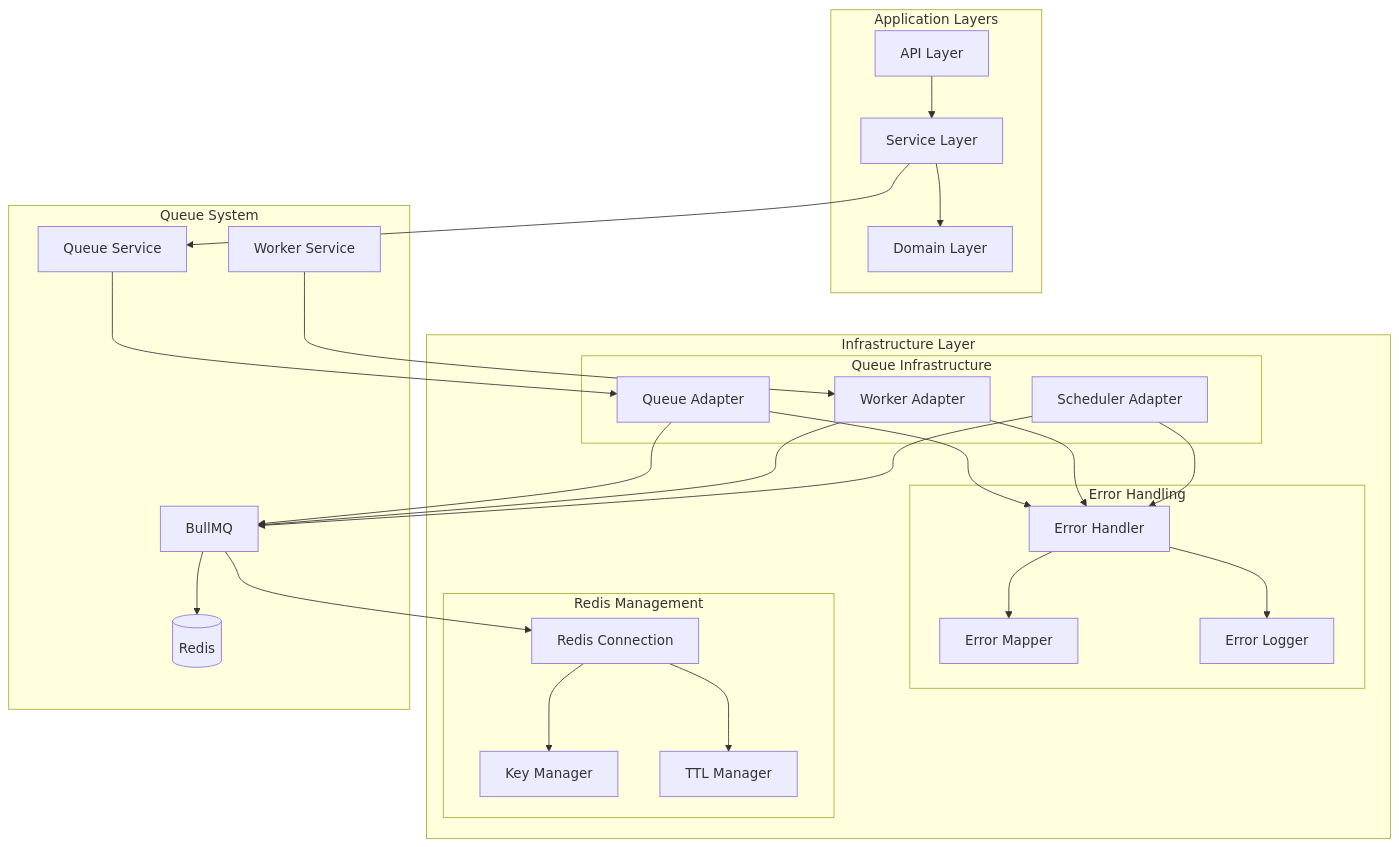
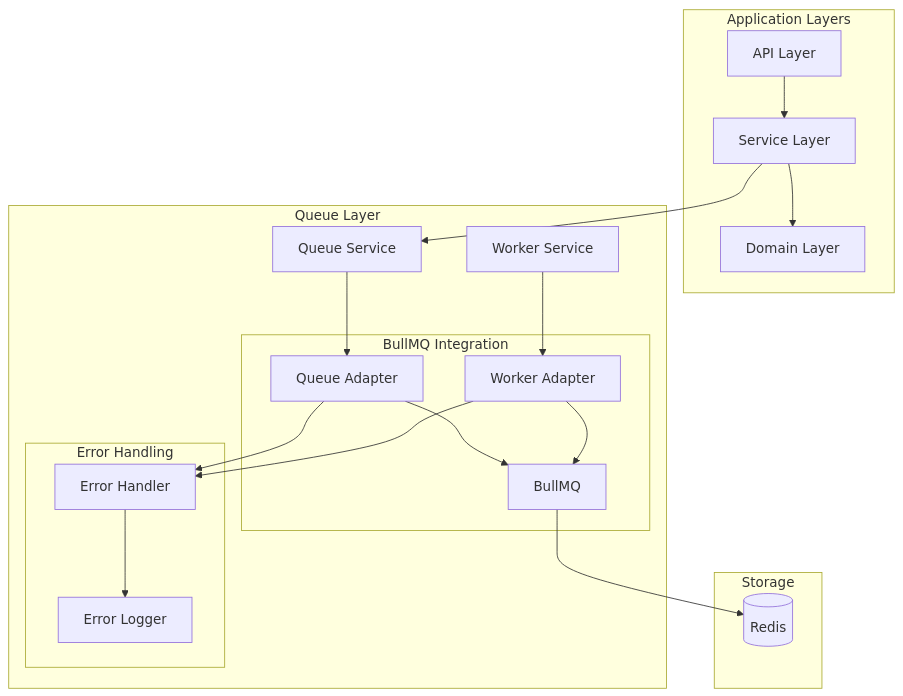
One commit to tonglam/letletme_data changed the first of 4 diagrams in documentation/design/Queue_Layer_Design.md. Above: the diagram before and after it, drawn with Mermaid. The commit also changed other lines of this file and 21 other files, not shown here.

````diff
--- a/documentation/design/Queue_Layer_Design.md
+++ b/documentation/design/Queue_Layer_Design.md
@@ -9,51 +9,36 @@
 ```mermaid
 graph TB
     subgraph Application Layers
         API[API Layer]
         Service[Service Layer]
         Domain[Domain Layer]
     end
 
-    subgraph Infrastructure Layer
-        subgraph Queue Infrastructure
+    subgraph Queue Layer
+        QS[Queue Service]
+        WS[Worker Service]
+        subgraph BullMQ Integration
             QA[Queue Adapter]
             WA[Worker Adapter]
-            SA[Scheduler Adapter]
+            BQ[BullMQ]
         end
-
         subgraph Error Handling
             EH[Error Handler]
-            EM[Error Mapper]
             EL[Error Logger]
-        end
-
-        subgraph Redis Management
-            RC[Redis Connection]
-            KM[Key Manager]
-            TM[TTL Manager]
         end
     end
 
-    subgraph Queue System
-        QS[Queue Service]
-        WS[Worker Service]
-        BQ[BullMQ]
+    subgraph Storage
         Redis[(Redis)]
     end
 
     API --> Service
     Service --> Domain
     Service --> QS
     QS --> QA
     WS --> WA
-    QA & WA & SA --> BQ
+    QA & WA --> BQ
     BQ --> Redis
-
-    QA & WA & SA --> EH
-    EH --> EM
+    QA & WA --> EH
     EH --> EL
-
-    BQ --> RC
-    RC --> KM
-    RC --> TM
 ```
````
